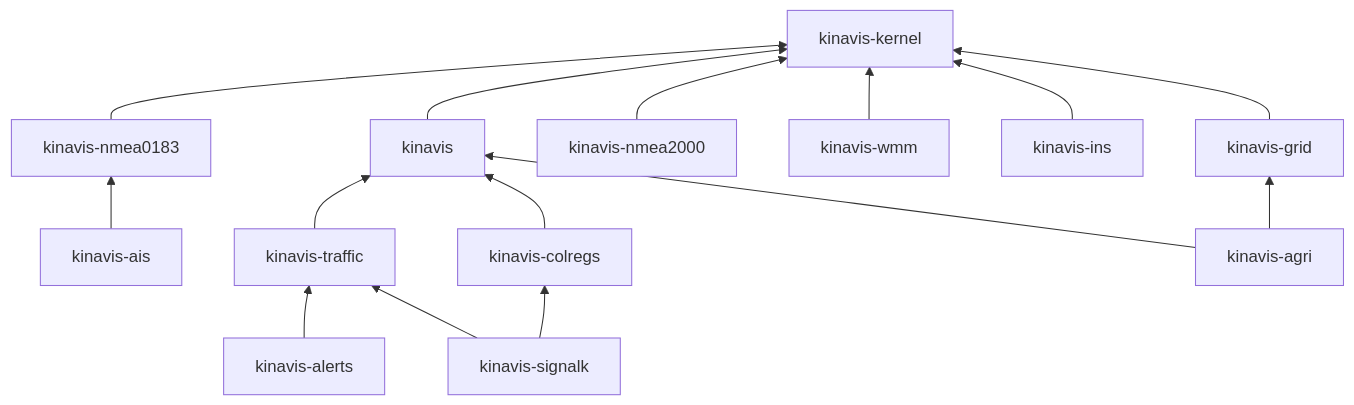
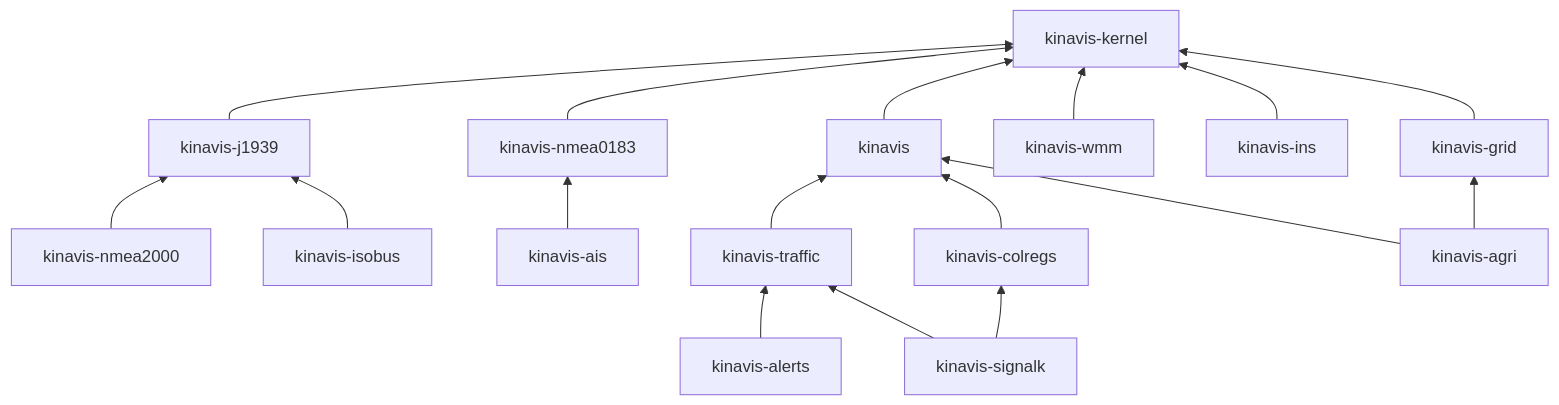
One commit to KINAVIS/kinavis changed the diagram in README.md. Above: the diagram before and after it, drawn with Mermaid. The commit also changed other lines of this file and 62 other files, not shown here.

First line of the commit message:
feat(can): kinavis-j1939 0.1.0, kinavis-isobus 0.1.0, nmea2000 0.2.0 on the J1939 frame (#24)

````diff
--- a/README.md
+++ b/README.md
@@ -71,18 +71,20 @@
 ```mermaid
 graph BT
     kernel[kinavis-kernel]
     kinavis --> kernel
     nmea0183[kinavis-nmea0183] --> kernel
-    nmea2000[kinavis-nmea2000] --> kernel
+    j1939[kinavis-j1939] --> kernel
+    nmea2000[kinavis-nmea2000] --> j1939
+    isobus[kinavis-isobus] --> j1939
     wmm[kinavis-wmm] --> kernel
     ins[kinavis-ins] --> kernel
     ais[kinavis-ais] --> nmea0183
     traffic[kinavis-traffic] --> kinavis
     colregs[kinavis-colregs] --> kinavis
     grid[kinavis-grid] --> kernel
     agri[kinavis-agri] --> kinavis
     agri --> grid
     alerts[kinavis-alerts] --> traffic
     signalk[kinavis-signalk] --> traffic
     signalk --> colregs
 ```
````
